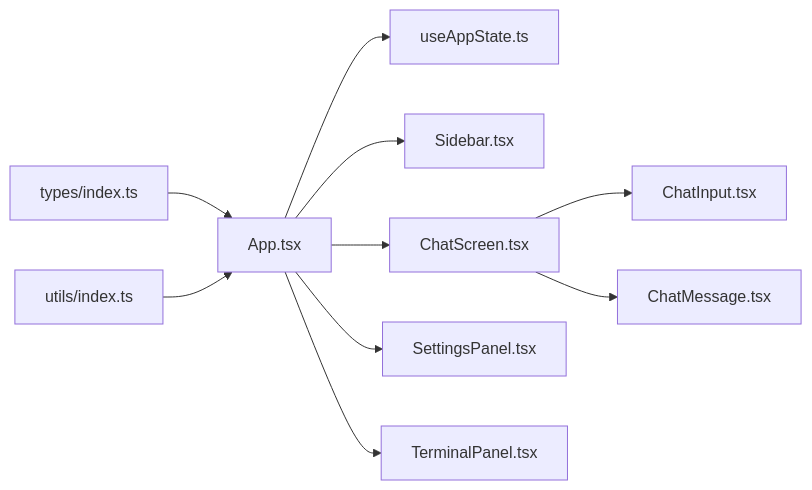
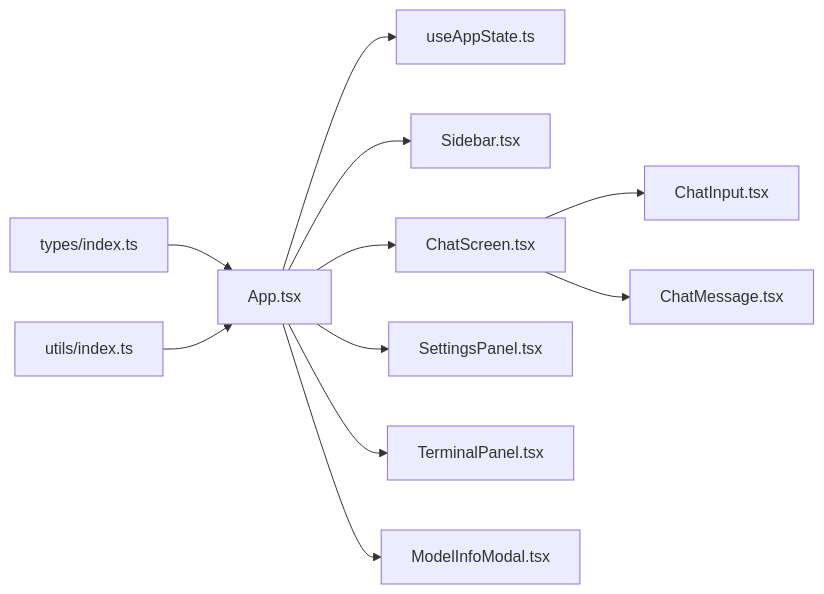
One commit to linkin770/illama-cpp-desktop changed the ninth of 9 diagrams in .qoder/repowiki/zh/content/架构设计/组件架构设计/组件通信模式.md. Above: the diagram before and after it, drawn with Mermaid. The commit also changed other lines of this file and 23 other files, not shown here.

````diff
--- a/.qoder/repowiki/zh/content/架构设计/组件架构设计/组件通信模式.md
+++ b/.qoder/repowiki/zh/content/架构设计/组件架构设计/组件通信模式.md
@@ -220,12 +342,13 @@
 ```mermaid
 graph LR
 Types["types/index.ts"] --> App["App.tsx"]
 Utils["utils/index.ts"] --> App
 App --> Hook["useAppState.ts"]
 App --> Sidebar["Sidebar.tsx"]
 App --> ChatScreen["ChatScreen.tsx"]
 App --> Settings["SettingsPanel.tsx"]
 App --> Terminal["TerminalPanel.tsx"]
+App --> ModelInfo["ModelInfoModal.tsx"]
 ChatScreen --> ChatInput["ChatInput.tsx"]
 ChatScreen --> ChatMessage["ChatMessage.tsx"]
 ```
````
